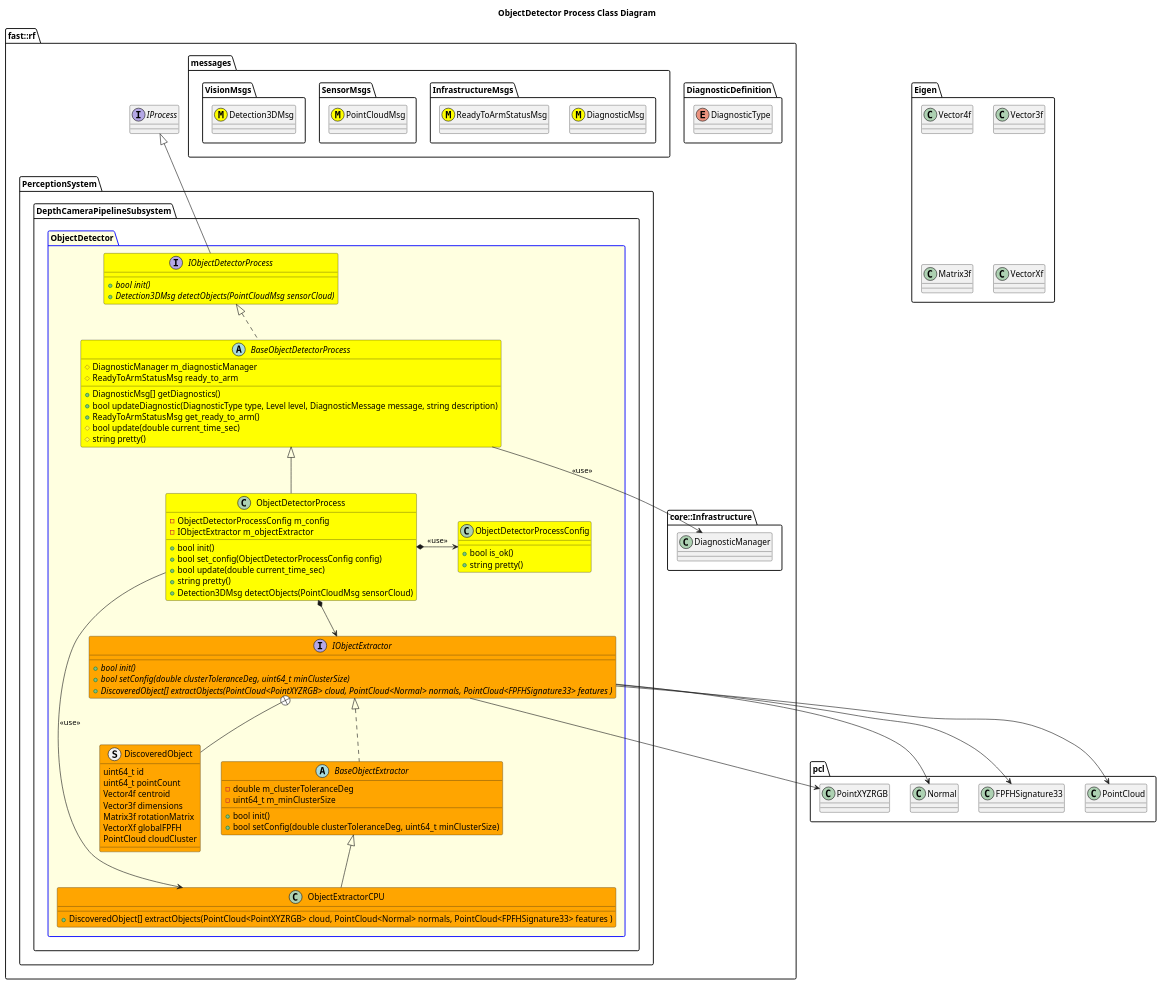
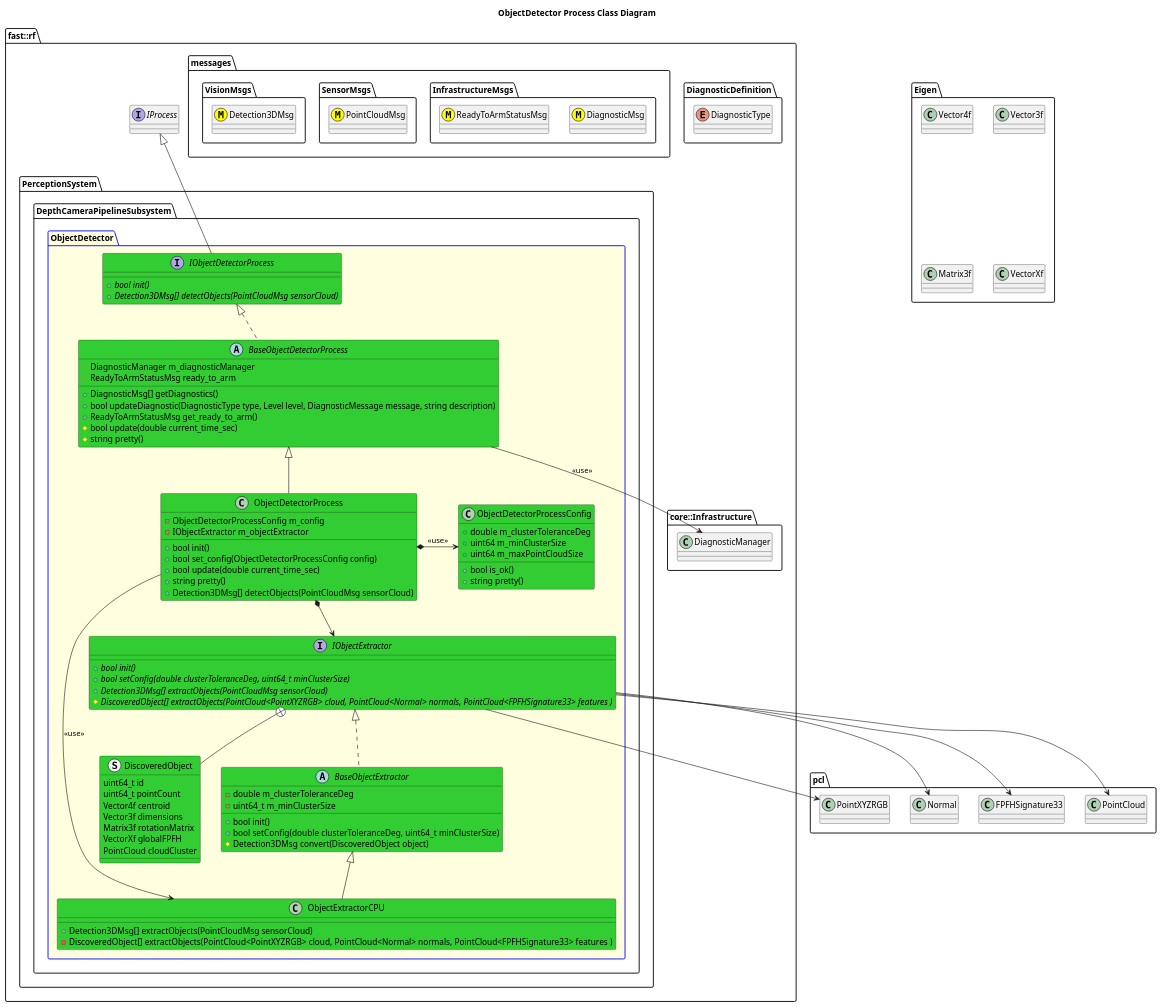
Before and after one commit to fastrobotics/robot_framework: the diagram in Systems/Perception/Subsystems/DepthCameraPipeline/Processes/ObjectDetector/doc/puml/ObjectDetectorProcessClassDiagram.puml, drawn with PlantUML. The commit also changed 21 other files, not shown here.

```diff
--- a/Systems/Perception/Subsystems/DepthCameraPipeline/Processes/ObjectDetector/doc/puml/ObjectDetectorProcessClassDiagram.puml
+++ b/Systems/Perception/Subsystems/DepthCameraPipeline/Processes/ObjectDetector/doc/puml/ObjectDetectorProcessClassDiagram.puml
@@ -2,109 +2,115 @@
 @startuml
 title ObjectDetector Process Class Diagram
 namespace pcl {
     class PointXYZRGB
     class Normal
     class FPFHSignature33
     class PointCloud
 }
 namespace Eigen {
     class Vector4f
     class Vector3f
     class Matrix3f
     class VectorXf
 
 }
 namespace fast::rf {
     namespace DiagnosticDefinition {
         enum DiagnosticType
     }
     namespace messages {
         namespace InfrastructureMsgs {
             class DiagnosticMsg <<(M,#FFFF00)>>
             class ReadyToArmStatusMsg <<(M,#FFFF00)>>
         }
         namespace SensorMsgs {
             class PointCloudMsg <<(M,#FFFF00)>>
         }
         namespace VisionMsgs {
             class Detection3DMsg <<(M,#FFFF00)>>
         }
     }
     namespace core::Infrastructure {
         class DiagnosticManager
     }
     interface IProcess
     namespace PerceptionSystem {
         namespace DepthCameraPipelineSubsystem {
             package ObjectDetector #LightYellow;line:blue {
-                struct DiscoveredObject #Orange {
+                struct DiscoveredObject #LimeGreen {
                     uint64_t id
                     uint64_t pointCount
                     Vector4f centroid
                     Vector3f dimensions
                     Matrix3f rotationMatrix
                     VectorXf globalFPFH
                     PointCloud cloudCluster
                 }
-                interface IObjectExtractor #Orange {
+                interface IObjectExtractor #LimeGreen {
                     +{abstract} bool init()
                     +{abstract} bool setConfig(double clusterToleranceDeg, uint64_t minClusterSize)
-                    +{abstract} DiscoveredObject[] extractObjects(PointCloud<PointXYZRGB> cloud, PointCloud<Normal> normals, PointCloud<FPFHSignature33> features )
+                    +{abstract} Detection3DMsg[] extractObjects(PointCloudMsg sensorCloud)
+                    #{abstract} DiscoveredObject[] extractObjects(PointCloud<PointXYZRGB> cloud, PointCloud<Normal> normals, PointCloud<FPFHSignature33> features )
                 }
                 IObjectExtractor +-- DiscoveredObject
                 IObjectExtractor --> PointXYZRGB
                 IObjectExtractor --> PointCloud
                 IObjectExtractor --> Normal
                 IObjectExtractor --> FPFHSignature33
-                abstract BaseObjectExtractor #Orange {
+                abstract BaseObjectExtractor #LimeGreen {
                     +bool init()
                     +bool setConfig(double clusterToleranceDeg, uint64_t minClusterSize)
+                    #Detection3DMsg convert(DiscoveredObject object)
                     -double m_clusterToleranceDeg
                     -uint64_t m_minClusterSize
                 }
                 BaseObjectExtractor .up.|> IObjectExtractor
-                class ObjectExtractorCPU #Orange {
-                    +DiscoveredObject[] extractObjects(PointCloud<PointXYZRGB> cloud, PointCloud<Normal> normals, PointCloud<FPFHSignature33> features )
+                class ObjectExtractorCPU #LimeGreen {
+                    +Detection3DMsg[] extractObjects(PointCloudMsg sensorCloud)
+                    -DiscoveredObject[] extractObjects(PointCloud<PointXYZRGB> cloud, PointCloud<Normal> normals, PointCloud<FPFHSignature33> features )
                    
                 }
                 ObjectExtractorCPU -up-|> BaseObjectExtractor               
                 
-                interface IObjectDetectorProcess #Yellow  {
+                interface IObjectDetectorProcess #LimeGreen  {
                     +{abstract} bool init()
-                    +{abstract} Detection3DMsg detectObjects(PointCloudMsg sensorCloud)
+                    +{abstract} Detection3DMsg[] detectObjects(PointCloudMsg sensorCloud)
                 }
                 IObjectDetectorProcess -up-|> IProcess
-                abstract BaseObjectDetectorProcess #Yellow {
+                abstract BaseObjectDetectorProcess #LimeGreen {
                     +DiagnosticMsg[] getDiagnostics()
                     +bool updateDiagnostic(DiagnosticType type, Level level, DiagnosticMessage message, string description)
                     +ReadyToArmStatusMsg get_ready_to_arm()
                     #bool update(double current_time_sec)
                     #string pretty()
                     #DiagnosticManager m_diagnosticManager
                     #ReadyToArmStatusMsg ready_to_arm
 
                 }
                 BaseObjectDetectorProcess .up.|> IObjectDetectorProcess
                 BaseObjectDetectorProcess --> DiagnosticManager: <<use>>
-                class ObjectDetectorProcessConfig #Yellow {
+                class ObjectDetectorProcessConfig #LimeGreen {
+                    +double m_clusterToleranceDeg
+                    +uint64 m_minClusterSize
+                    +uint64 m_maxPointCloudSize
                     +bool is_ok()
                     +string pretty()
                 }
-                class ObjectDetectorProcess #Yellow {
+                class ObjectDetectorProcess #LimeGreen {
                     +bool init()
                     +bool set_config(ObjectDetectorProcessConfig config)
                     +bool update(double current_time_sec)
                     +string pretty()
-                    +Detection3DMsg detectObjects(PointCloudMsg sensorCloud)
+                    +Detection3DMsg[] detectObjects(PointCloudMsg sensorCloud)
                     -ObjectDetectorProcessConfig m_config
                     -IObjectExtractor m_objectExtractor
                 }
                 ObjectDetectorProcess -up-|> BaseObjectDetectorProcess
                 ObjectDetectorProcess *-> ObjectDetectorProcessConfig: <<use>>
                 ObjectDetectorProcess *--> IObjectExtractor
                 ObjectDetectorProcess --> ObjectExtractorCPU: <<use>>
             }
         }
     }
 }
 @enduml
```
